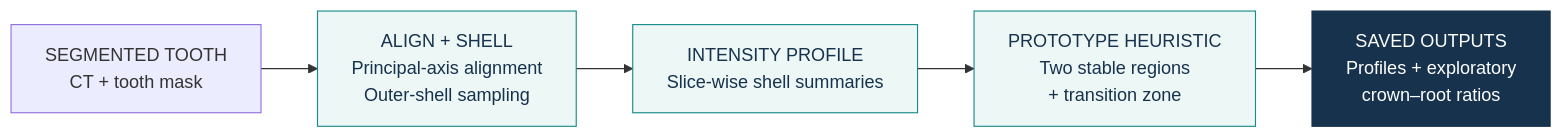
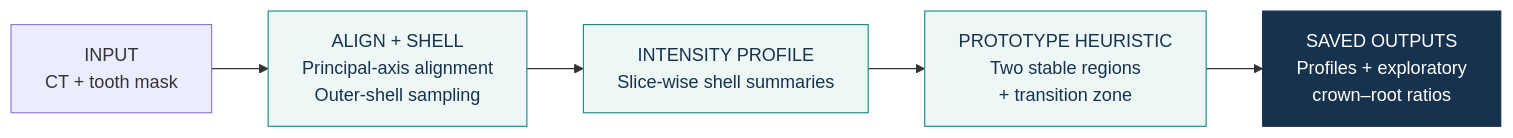
Before and after one commit to trungnb/Crown-Root-Transition-Morphometrics: the diagram in README.md, drawn with Mermaid. The commit also changed other lines of this file, not shown here.

Commit message:
Tighten prototype table and workflow labels

````diff
--- a/README.md
+++ b/README.md
@@ -22,12 +22,12 @@
 ```mermaid
 flowchart LR
-    A["SEGMENTED TOOTH<br/>CT + tooth mask"] --> B["ALIGN + SHELL<br/>Principal-axis alignment<br/>Outer-shell sampling"]
+    A["INPUT<br/>CT + tooth mask"] --> B["ALIGN + SHELL<br/>Principal-axis alignment<br/>Outer-shell sampling"]
     B --> C["INTENSITY PROFILE<br/>Slice-wise shell summaries"]
     C --> D["PROTOTYPE HEURISTIC<br/>Two stable regions<br/>+ transition zone"]
     D --> E["SAVED OUTPUTS<br/>Profiles + exploratory<br/>crown–root ratios"]
 
     classDef method fill:#EDF7F6,stroke:#168B8A,color:#17324D
     classDef result fill:#17324D,stroke:#17324D,color:#FFFFFF
     class B,C,D method
     class E result
 ```
````
